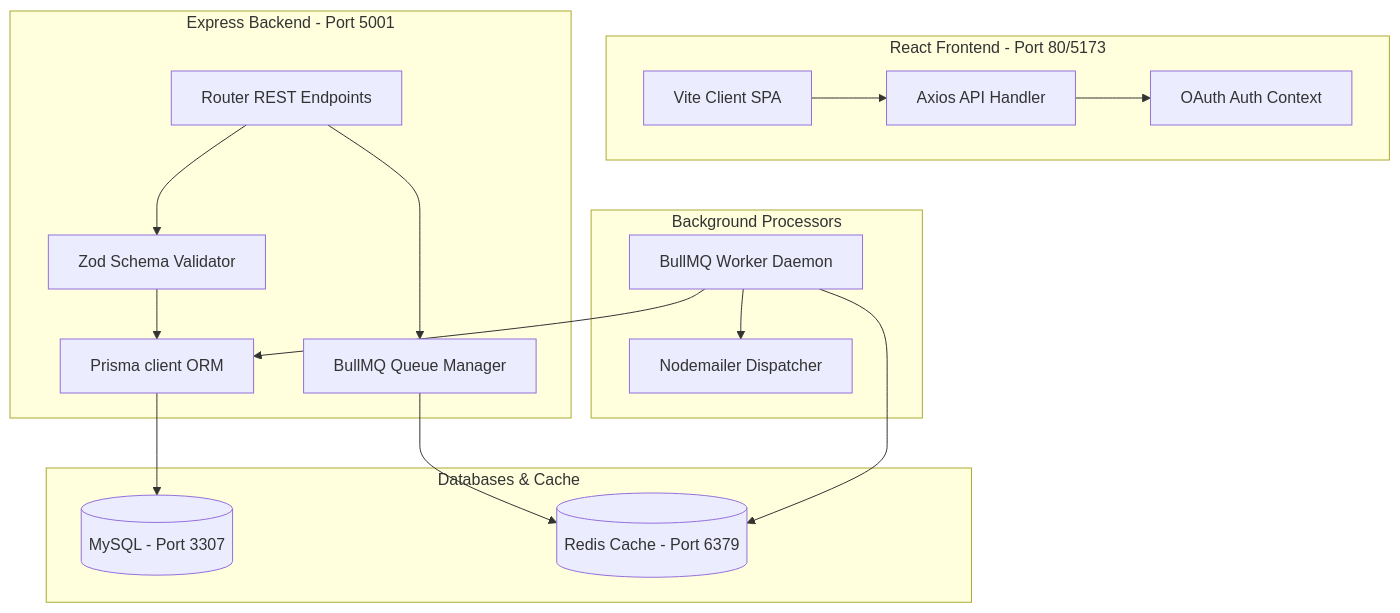
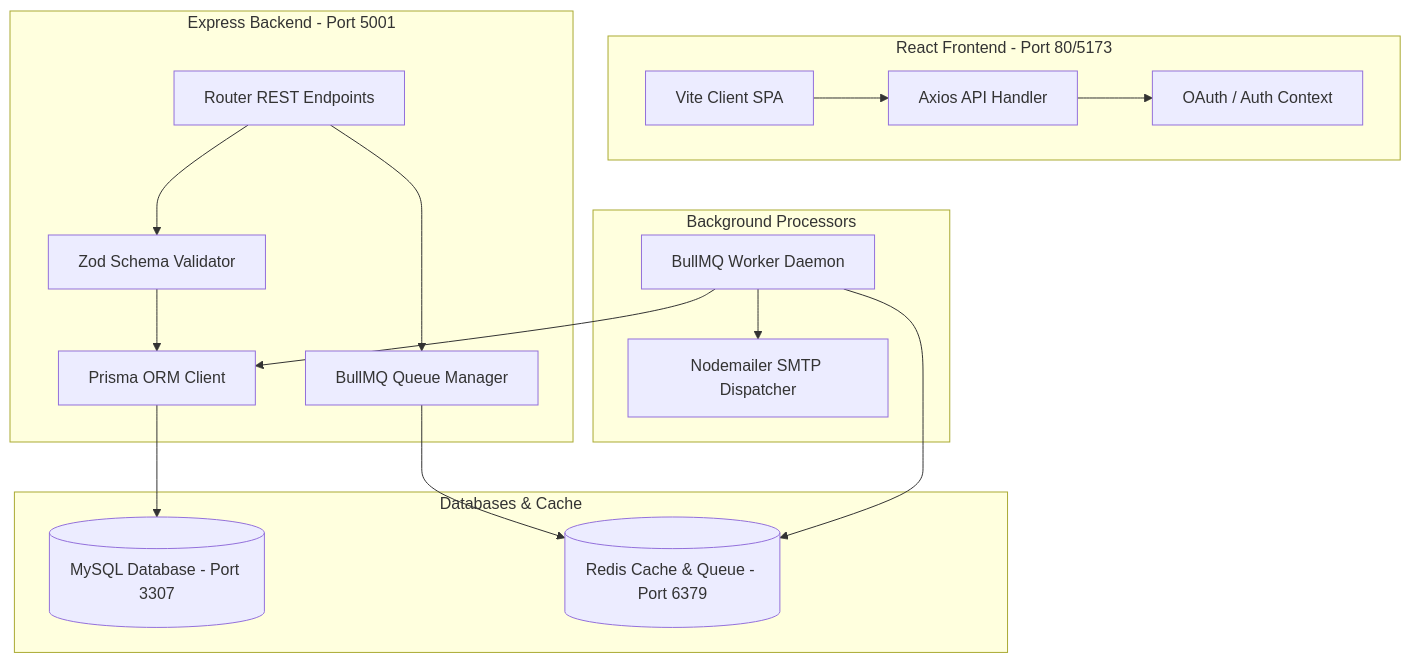
One commit to janu-19/ReachInbox changed the diagram in README.md. Above: the diagram before and after it, drawn with Mermaid. The commit also changed other lines of this file, not shown here.

Commit message:
docs: update README with submission guidelines, architecture deep-dive, features matrix, video checklist, and trade-offs

````diff
--- a/README.md
+++ b/README.md
@@ -11,24 +36,24 @@
 ```mermaid
 flowchart TD
     subgraph Client [React Frontend - Port 80/5173]
         A[Vite Client SPA] --> B[Axios API Handler]
-        B --> C[OAuth Auth Context]
+        B --> C[OAuth / Auth Context]
     end
 
     subgraph Server [Express Backend - Port 5001]
         D[Router REST Endpoints] --> E[Zod Schema Validator]
-        E --> F[Prisma client ORM]
+        E --> F[Prisma ORM Client]
         D --> G[BullMQ Queue Manager]
     end
 
     subgraph Storage [Databases & Cache]
-        F --> H[(MySQL - Port 3307)]
-        G --> I[(Redis Cache - Port 6379)]
+        F --> H[(MySQL Database - Port 3307)]
+        G --> I[(Redis Cache & Queue - Port 6379)]
     end
 
     subgraph Worker [Background Processors]
         J[BullMQ Worker Daemon] --> I
         J --> F
-        J --> K[Nodemailer Dispatcher]
+        J --> K[Nodemailer SMTP Dispatcher]
     end
 ```
````
